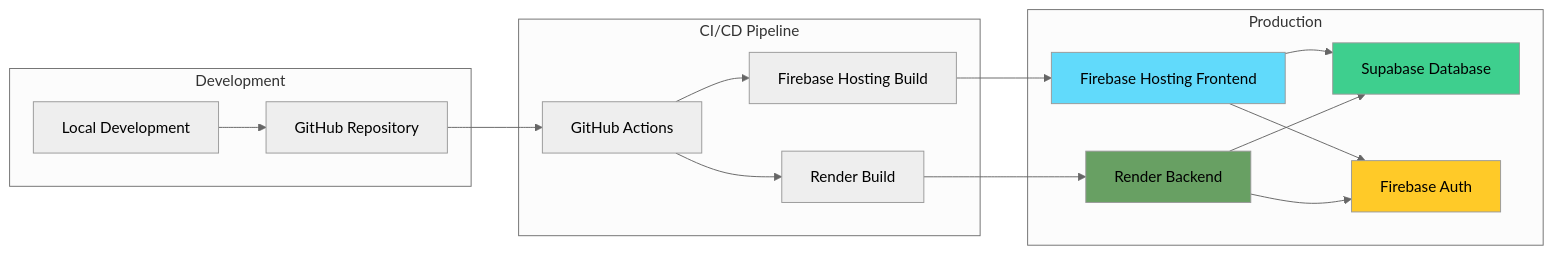
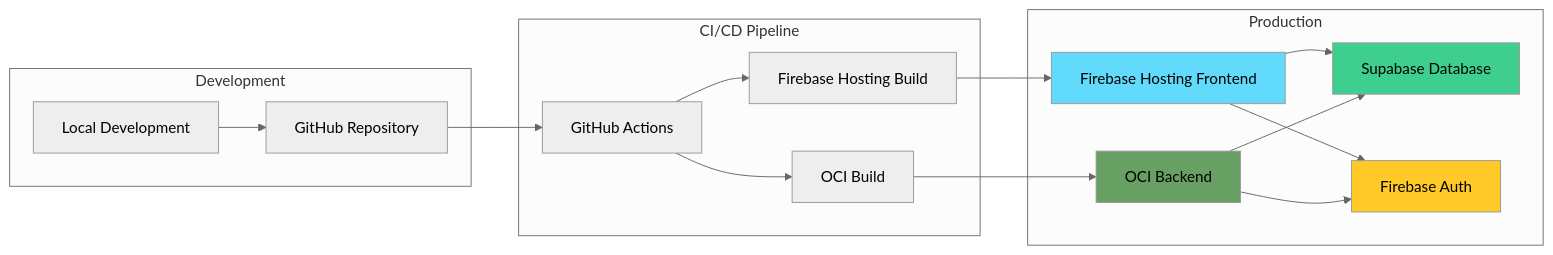
The second of 4 diagrams in README.md (dawityifter/abune-aregawi), drawn with Mermaid (neutral theme) before and after one commit. The commit also changed other lines of this file, not shown here.

Commit message:
docs: update system architecture to OCI

````diff
--- a/README.md
+++ b/README.md
@@ -341,26 +343,26 @@
 ```mermaid
 graph LR
     subgraph "Development"
         A[Local Development] --> B[GitHub Repository]
     end
     
     subgraph "CI/CD Pipeline"
         B --> C[GitHub Actions]
         C --> D[Firebase Hosting Build]
-        C --> E[Render Build]
+        C --> E[OCI Build]
     end
     
     subgraph "Production"
         D --> F[Firebase Hosting Frontend]
-        E --> G[Render Backend]
+        E --> G[OCI Backend]
         F --> H[Supabase Database]
         G --> H
         F --> I[Firebase Auth]
         G --> I
     end
     
     style F fill:#61dafb
     style G fill:#68a063
     style H fill:#3ecf8e
     style I fill:#ffca28
 ```
````
